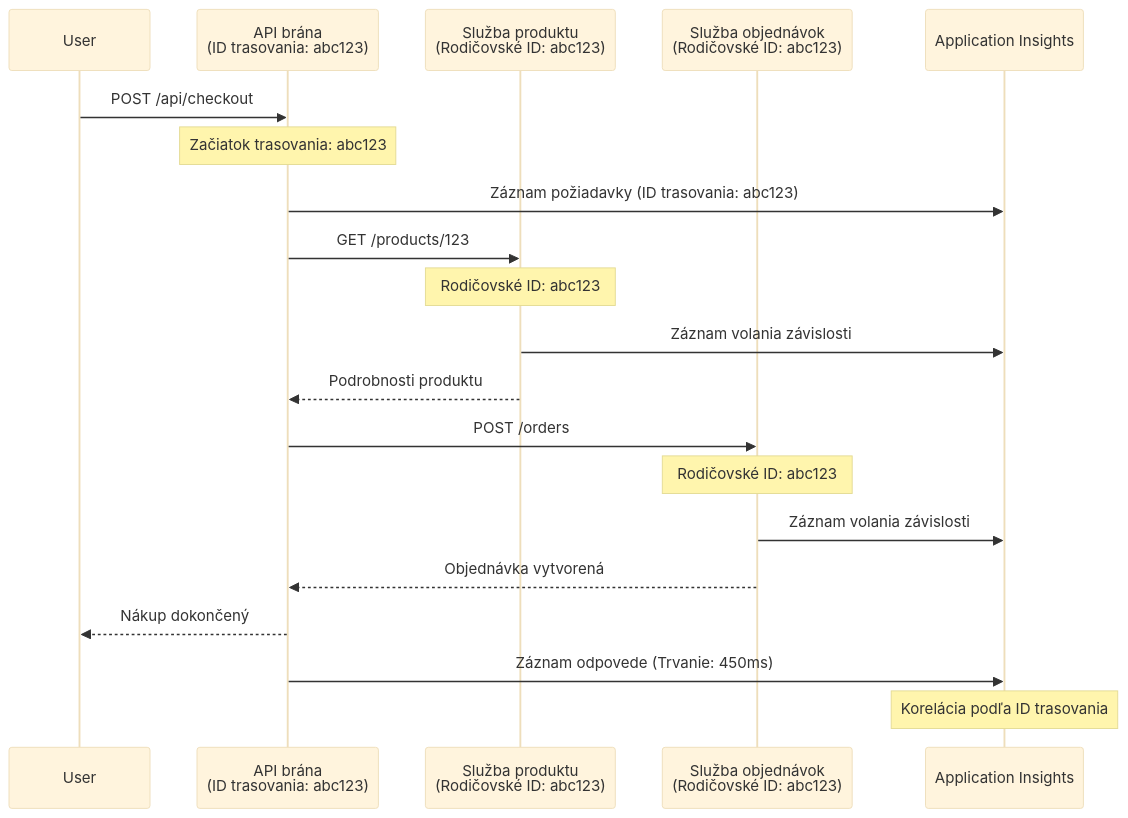
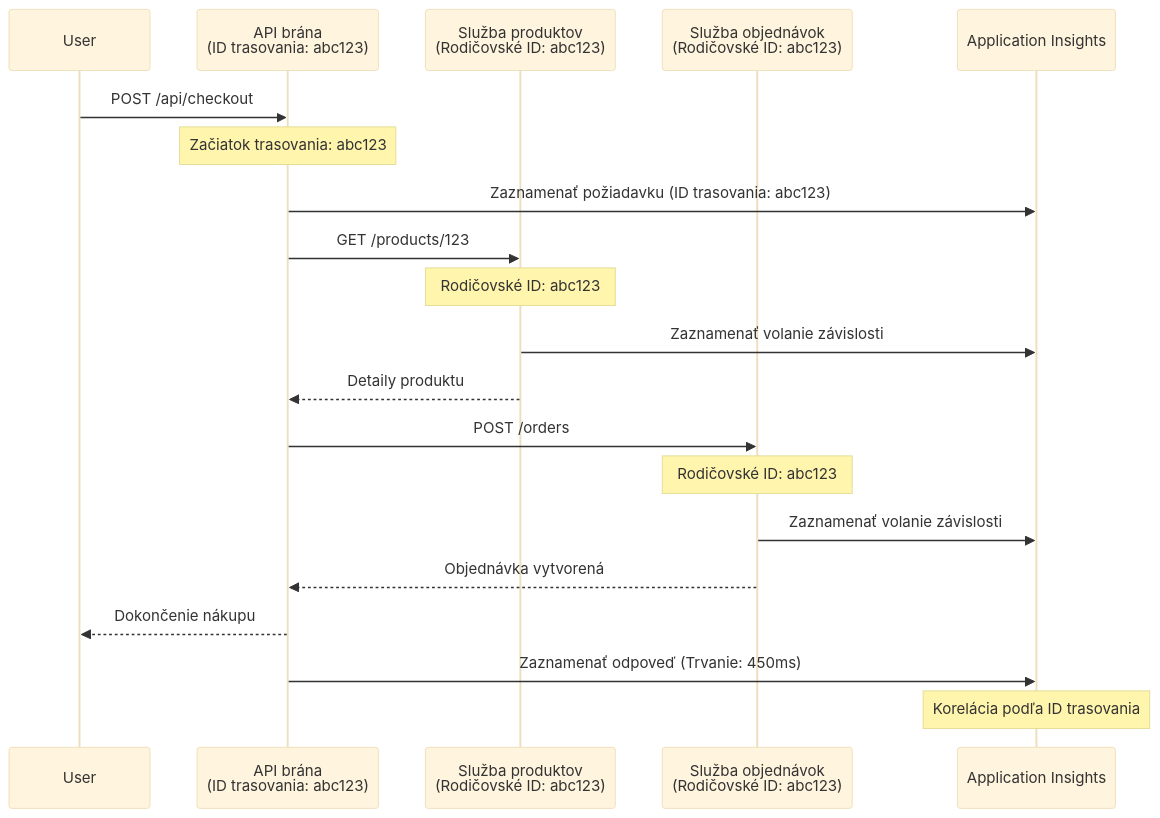
One commit to microsoft/AZD-for-beginners changed the second of 2 diagrams in translations/sk/docs/chapter-06-pre-deployment/application-insights.md. Above: the diagram before and after it, drawn with Mermaid (base theme). The commit also changed other lines of this file and 101 other files, not shown here.

````diff
--- a/translations/sk/docs/chapter-06-pre-deployment/application-insights.md
+++ b/translations/sk/docs/chapter-06-pre-deployment/application-insights.md
@@ -744,27 +744,27 @@
 ```mermaid
 sequenceDiagram
     participant User
     participant Gateway as API brána<br/>(ID trasovania: abc123)
-    participant Product as Služba produktu<br/>(Rodičovské ID: abc123)
+    participant Product as Služba produktov<br/>(Rodičovské ID: abc123)
     participant Order as Služba objednávok<br/>(Rodičovské ID: abc123)
     participant AppInsights as Application Insights
     
     User->>Gateway: POST /api/checkout
     Note over Gateway: Začiatok trasovania: abc123
-    Gateway->>AppInsights: Záznam požiadavky (ID trasovania: abc123)
+    Gateway->>AppInsights: Zaznamenať požiadavku (ID trasovania: abc123)
     
     Gateway->>Product: GET /products/123
     Note over Product: Rodičovské ID: abc123
-    Product->>AppInsights: Záznam volania závislosti
-    Product-->>Gateway: Podrobnosti produktu
+    Product->>AppInsights: Zaznamenať volanie závislosti
+    Product-->>Gateway: Detaily produktu
     
     Gateway->>Order: POST /orders
     Note over Order: Rodičovské ID: abc123
-    Order->>AppInsights: Záznam volania závislosti
+    Order->>AppInsights: Zaznamenať volanie závislosti
     Order-->>Gateway: Objednávka vytvorená
     
-    Gateway-->>User: Nákup dokončený
-    Gateway->>AppInsights: Záznam odpovede (Trvanie: 450ms)
+    Gateway-->>User: Dokončenie nákupu
+    Gateway->>AppInsights: Zaznamenať odpoveď (Trvanie: 450ms)
     
     Note over AppInsights: Korelácia podľa ID trasovania
 ```
````
